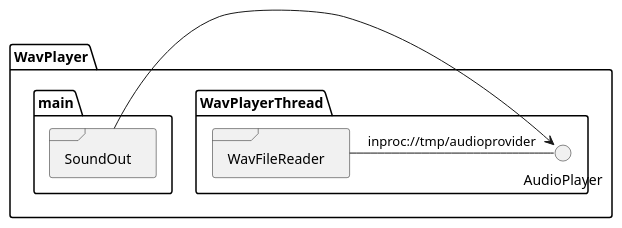
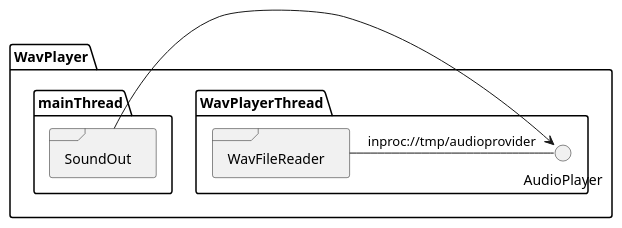
The third of 4 diagrams in doc/guide/UserGuide.rst (kreuzberger/YaComponent), drawn with PlantUML before and after one commit. The commit also changed other lines of this file, not shown here.

```diff
--- a/doc/guide/UserGuide.rst
+++ b/doc/guide/UserGuide.rst
@@ -289,13 +301,13 @@
 .. uml::
 
   package WavPlayer {
     package WavPlayerThread {
       frame WavFileReader
       WavFileReader - AudioPlayer :   inproc://tmp/audioprovider
     }
   
-    package main {
+    package mainThread {
       frame SoundOut
       SoundOut  -left-> AudioPlayer
     }
   }
```
